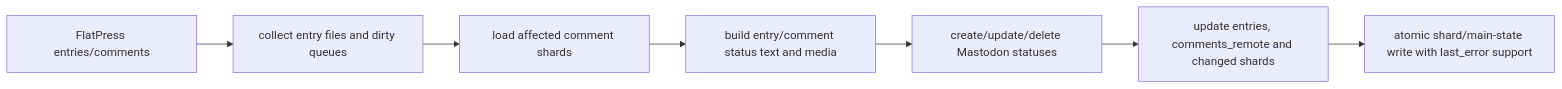
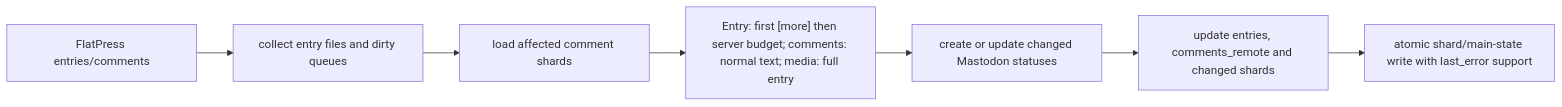
One commit to flatpressblog/flatpress changed the second of 6 diagrams in fp-plugins/mastodon/developer-docs/07-Function-Organigram.md. Above: the diagram before and after it, drawn with Mermaid. The commit also changed other lines of this file and 11 other files, not shown here.

First line of the commit message:
Respect [more] when exporting entries to Mastodon

````diff
--- a/fp-plugins/mastodon/developer-docs/07-Function-Organigram.md
+++ b/fp-plugins/mastodon/developer-docs/07-Function-Organigram.md
@@ -88,9 +90,9 @@
 ```mermaid
 flowchart LR
 	Entries[FlatPress entries/comments] --> Collect[collect entry files and dirty queues]
 	Collect --> Shards[load affected comment shards]
-	Shards --> Build[build entry/comment status text and media]
-	Build --> Api[create/update/delete Mastodon statuses]
+	Shards --> Build["Entry: first [more] then server budget; comments: normal text; media: full entry"]
+	Build --> Api[create or update changed Mastodon statuses]
 	Api --> State[update entries, comments_remote and changed shards]
 	State --> Write[atomic shard/main-state write with last_error support]
 ```
````
